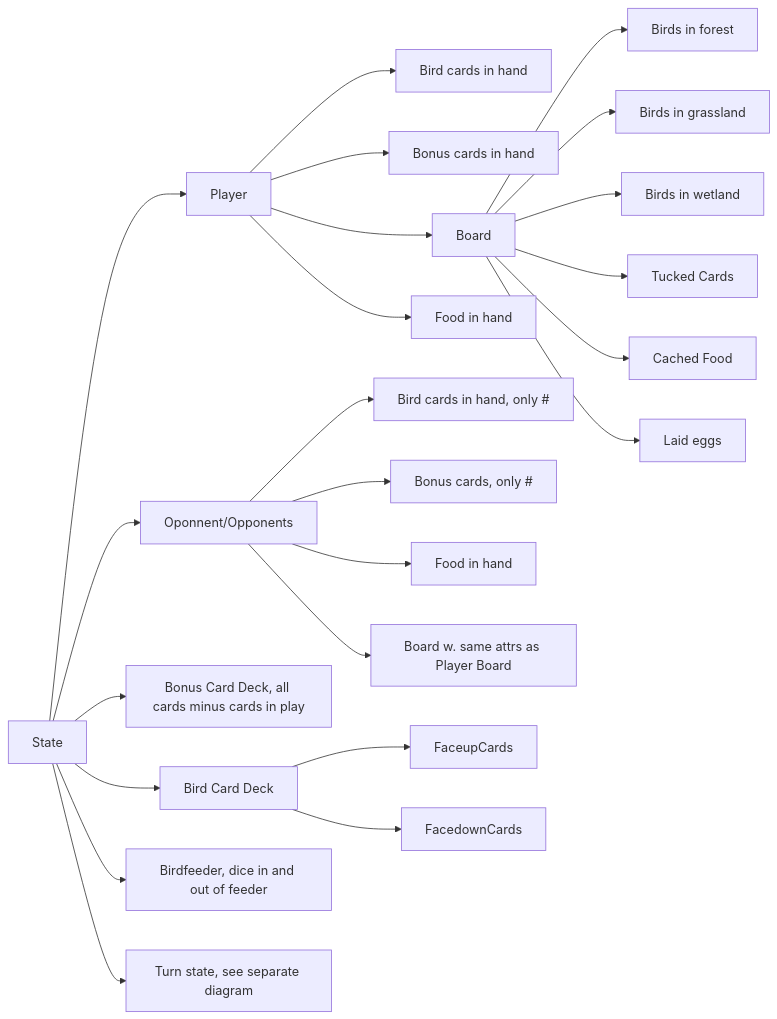
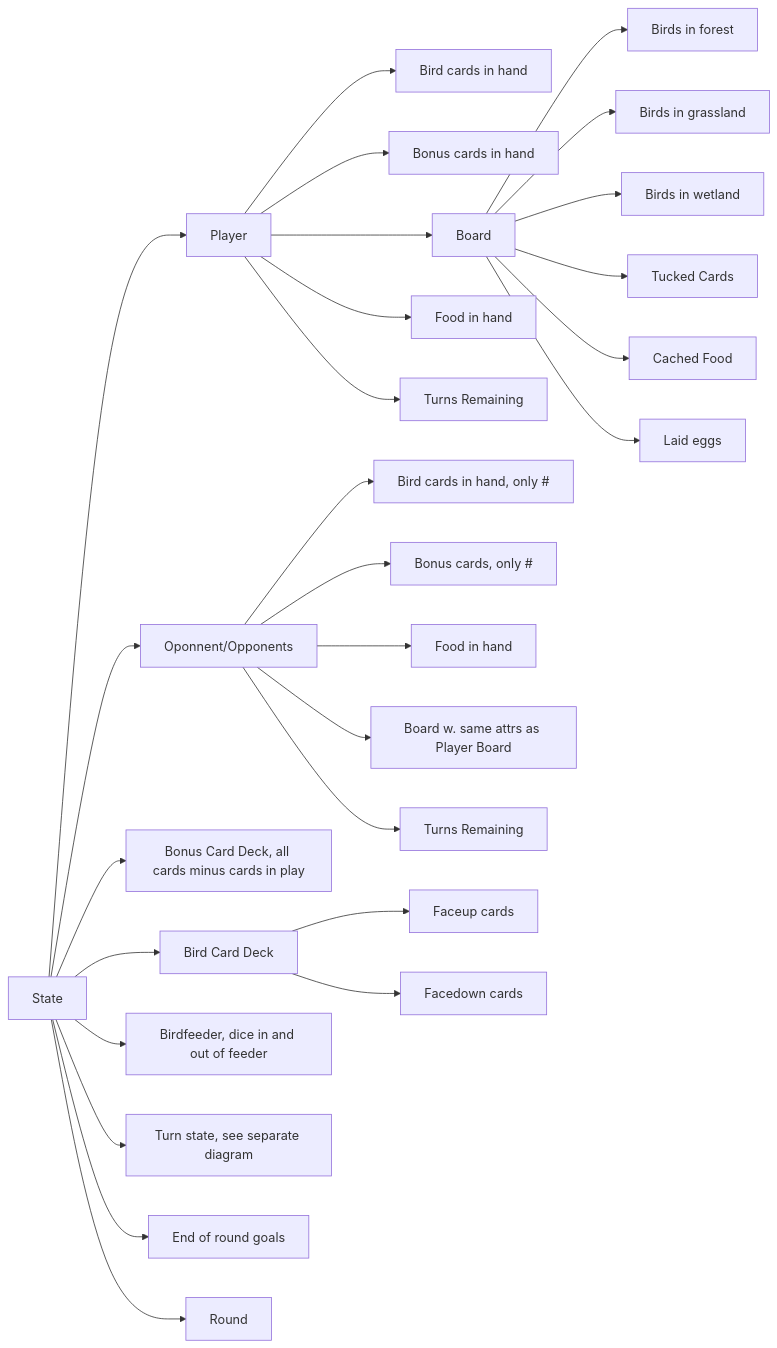
Before and after one commit to mgiordano12/wingspan-bird-brain: the diagram in Ideas/state.md, drawn with Mermaid.

````diff
--- a/Ideas/state.md
+++ b/Ideas/state.md
@@ -1,28 +1,32 @@
 ```mermaid
 flowchart LR
 State --> Player
 State --> Opponent[Oponnent/Opponents]
 State --> BonusCardDeck[Bonus Card Deck, all cards minus cards in play]
 State --> BirdCardDeck[Bird Card Deck]
 State --> Birdfeeder[Birdfeeder, dice in and out of feeder]
 State --> TurnState[Turn state, see separate diagram]
+State --> EndOfRoundGoals[End of round goals]
+State --> Round
 
 Player --> BirdCards1[Bird cards in hand]
 Player --> BonusCards1[Bonus cards in hand]
 Player --> Board1[Board]
 Player --> Food1[Food in hand]
+Player --> TurnsRemaining1[Turns Remaining]
 Board1 --> ForestBirds1[Birds in forest]
 Board1 --> GrasslandBirds1[Birds in grassland]
 Board1 --> WetlandBirds1[Birds in wetland]
 Board1 --> TuckedCards1[Tucked Cards]
 Board1 --> CachedFood1[Cached Food]
 Board1 --> Eggs1[Laid eggs]
 
 Opponent --> BirdsCards2[Bird cards in hand, only #]
 Opponent --> BonusCards2[Bonus cards, only #]
 Opponent --> Food2[Food in hand]
 Opponent --> Board2[Board w. same attrs as Player Board]
+Opponent --> TurnsRemaining2[Turns Remaining]
 
-BirdCardDeck --> FaceupCards
-BirdCardDeck --> FacedownCards
+BirdCardDeck --> FaceupCards[Faceup cards]
+BirdCardDeck --> FacedownCards[Facedown cards]
 ```
````
